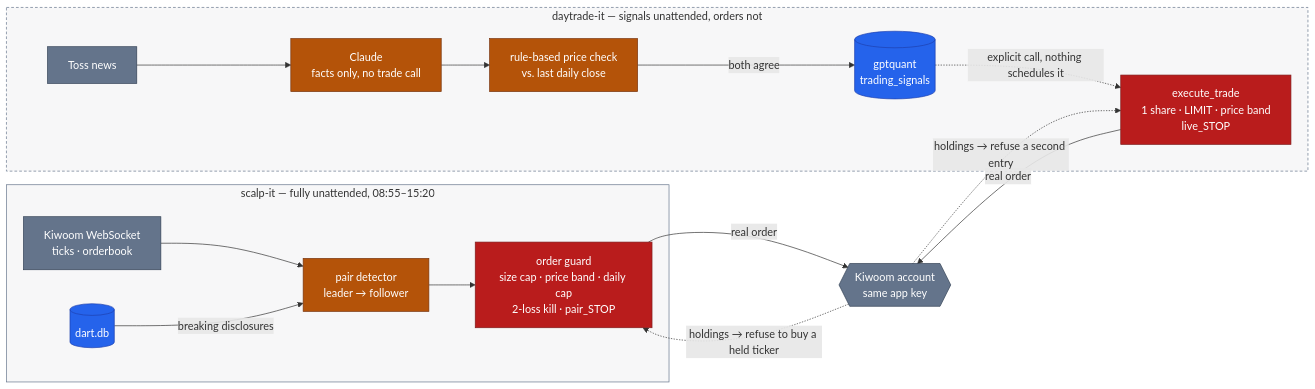
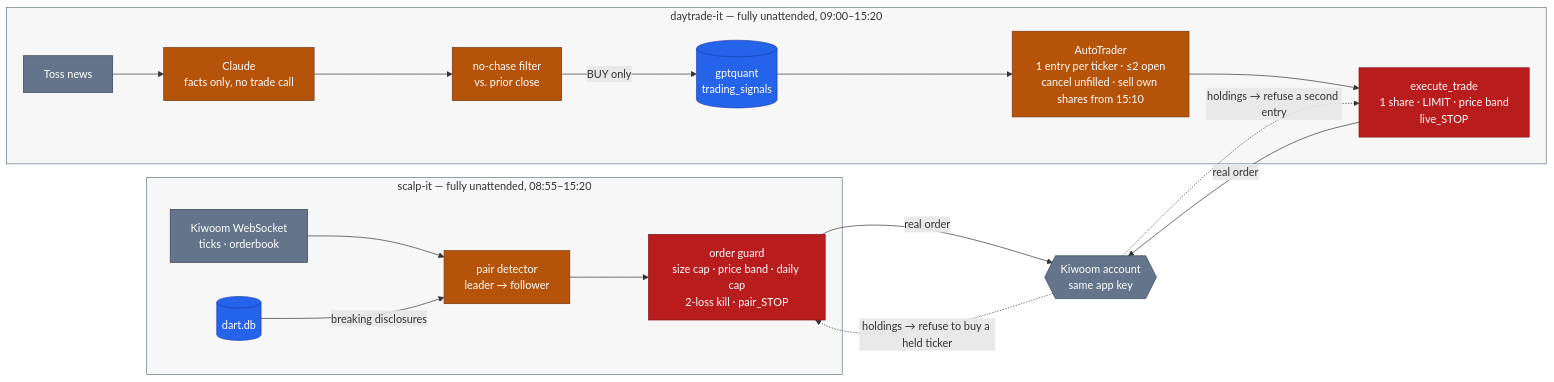
Before and after one commit to younghwan91/younghwan91: the third of 3 diagrams in README.md, drawn with Mermaid. The commit also changed other lines of this file and 1 other file, not shown here.

First line of the commit message:
docs(readme): kr-quant → swing-it 개명, daytrade-it 무인 실주문 전환 반영

````diff
--- a/README.md
+++ b/README.md
@@ -153,35 +153,36 @@
 ```mermaid
 flowchart LR
     subgraph SCP ["scalp-it — fully unattended, 08:55–15:20"]
         WS["Kiwoom WebSocket<br/>ticks · orderbook"] --> DET["pair detector<br/>leader → follower"]
         DART[("dart.db")] -->|"breaking disclosures"| DET
         DET --> GRD["order guard<br/>size cap · price band · daily cap<br/>2-loss kill · pair_STOP"]
     end
 
-    subgraph DTP ["daytrade-it — signals unattended, orders not"]
+    subgraph DTP ["daytrade-it — fully unattended, 09:00–15:20"]
         TOSS["Toss news"] --> CL["Claude<br/>facts only, no trade call"]
-        CL --> TC["rule-based price check<br/>vs. last daily close"]
-        TC -->|"both agree"| SIG[("gptquant<br/>trading_signals")]
-        SIG -. "explicit call, nothing schedules it" .-> ET["execute_trade<br/>1 share · LIMIT · price band<br/>live_STOP"]
+        CL --> TC["no-chase filter<br/>vs. prior close"]
+        TC -->|"BUY only"| SIG[("gptquant<br/>trading_signals")]
+        SIG --> AT["AutoTrader<br/>1 entry per ticker · ≤2 open<br/>cancel unfilled · sell own shares from 15:10"]
+        AT --> ET["execute_trade<br/>1 share · LIMIT · price band<br/>live_STOP"]
     end
 
     ACC{{"Kiwoom account<br/>same app key"}}
 
     GRD -->|"real order"| ACC
     ET -->|"real order"| ACC
     ACC -. "holdings → refuse to buy a held ticker" .-> GRD
     ACC -. "holdings → refuse a second entry" .-> ET
 
     classDef live fill:#B45309,stroke:#78350F,color:#FFFFFF
     classDef store fill:#2563EB,stroke:#1E40AF,color:#FFFFFF
     classDef gate fill:#B91C1C,stroke:#7F1D1D,color:#FFFFFF
     classDef ext fill:#64748B,stroke:#334155,color:#FFFFFF
 
-    class DET,CL,TC live
+    class DET,CL,TC,AT live
     class DART,SIG store
     class GRD,ET gate
     class WS,TOSS,ACC ext
 
     style SCP fill:#0F172A08,stroke:#64748B
-    style DTP fill:#0F172A08,stroke:#64748B,stroke-dasharray:4 3
+    style DTP fill:#0F172A08,stroke:#64748B
 ```
````
